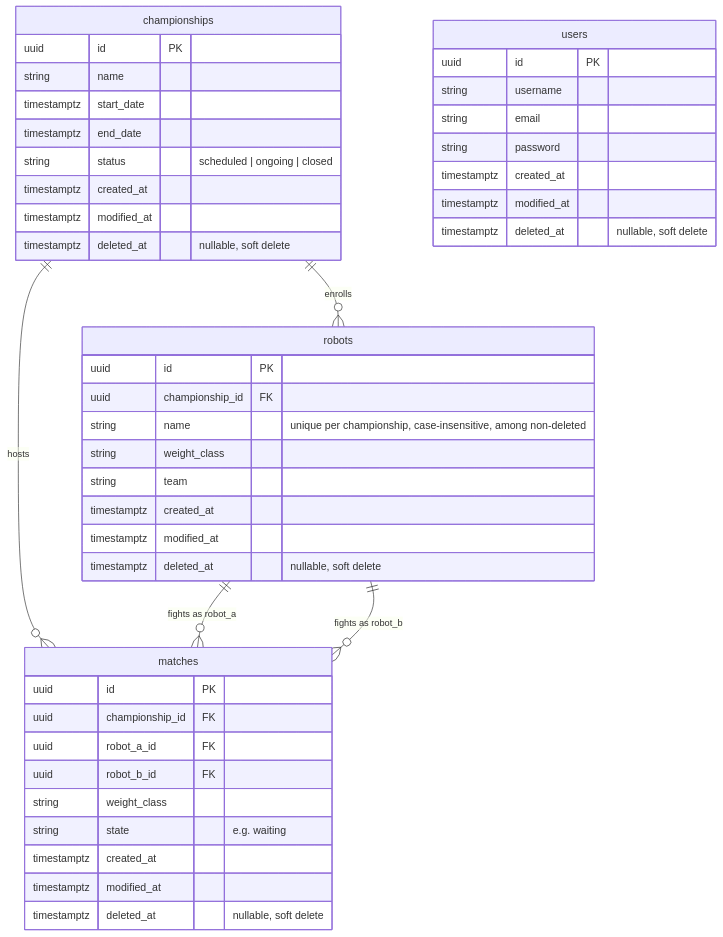
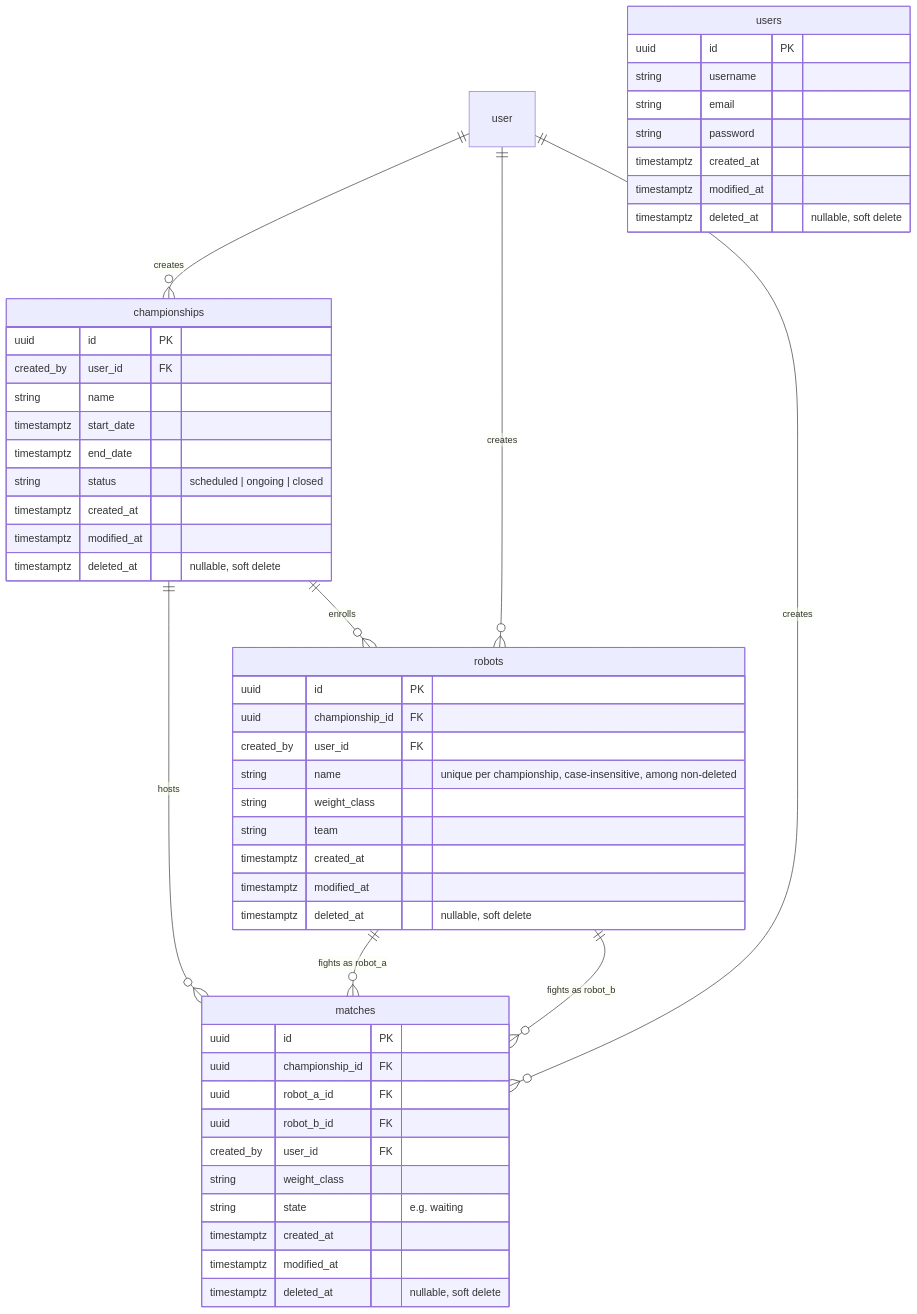
Before and after one commit to UTFPR-Oficinas-2/crossliseu: the diagram in docs/database-model.md, drawn with Mermaid.

````diff
--- a/docs/database-model.md
+++ b/docs/database-model.md
@@ -1,54 +1,60 @@
 ```mermaid
 ---
 config:
   theme: default
   look: classic
   layout: dagre
 ---
 erDiagram
   championships ||--o{ robots : "enrolls"
   championships ||--o{ matches : "hosts"
   robots ||--o{ matches : "fights as robot_a"
   robots ||--o{ matches : "fights as robot_b"
+  user ||--o{ championships : creates
+  user ||--o{ matches : creates
+  user ||--o{ robots : creates
 
   users {
     uuid id PK
     string username
     string email
     string password
     timestamptz created_at
     timestamptz modified_at
     timestamptz deleted_at "nullable, soft delete"
   }
   championships {
     uuid id PK
+    created_by user_id FK
     string name
     timestamptz start_date
     timestamptz end_date
     string status "scheduled | ongoing | closed"
     timestamptz created_at
     timestamptz modified_at
     timestamptz deleted_at "nullable, soft delete"
   }
   robots {
     uuid id PK
     uuid championship_id FK
+    created_by user_id FK
     string name "unique per championship, case-insensitive, among non-deleted"
     string weight_class
     string team
     timestamptz created_at
     timestamptz modified_at
     timestamptz deleted_at "nullable, soft delete"
   }
   matches {
     uuid id PK
     uuid championship_id FK
     uuid robot_a_id FK
     uuid robot_b_id FK
+    created_by user_id FK
     string weight_class
     string state "e.g. waiting"
     timestamptz created_at
     timestamptz modified_at
     timestamptz deleted_at "nullable, soft delete"
   }
 ```
````
